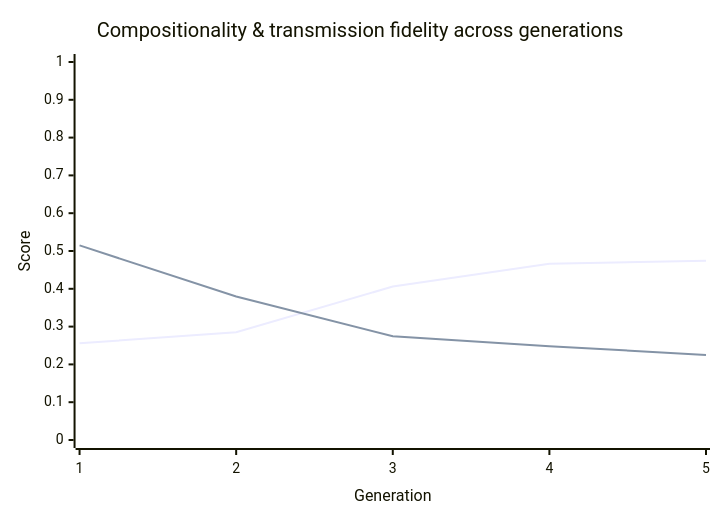
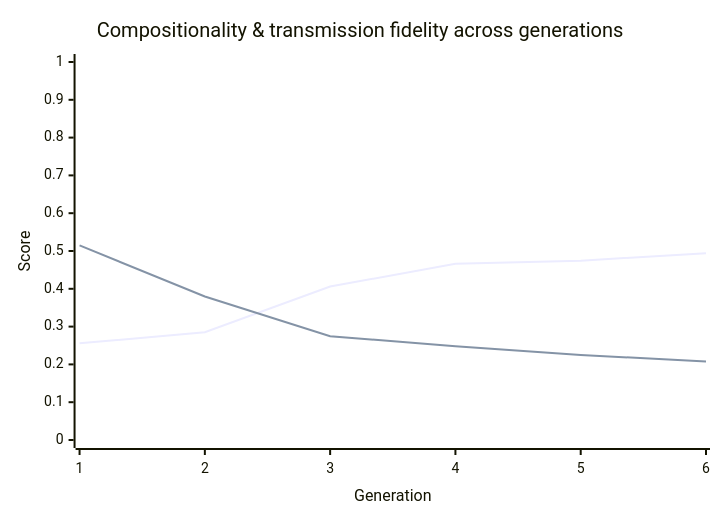
One commit to nichobbs/traditio changed the diagram in metrics/latest-report.md. Above: the diagram before and after it, drawn with Mermaid. The commit also changed other lines of this file and 1 other file, not shown here.

````diff
--- a/metrics/latest-report.md
+++ b/metrics/latest-report.md
@@ -40,8 +40,8 @@
 ```mermaid
 xychart-beta
     title "Compositionality & transmission fidelity across generations"
-    x-axis "Generation" [1, 2, 3, 4, 5]
+    x-axis "Generation" [1, 2, 3, 4, 5, 6]
     y-axis "Score" 0 --> 1
-    line "Compositionality" [0.2559, 0.2849, 0.4060, 0.4663, 0.4745]
-    line "Transmission Fidelity" [0.5148, 0.3796, 0.2746, 0.2481, 0.2251]
+    line "Compositionality" [0.2559, 0.2849, 0.4060, 0.4663, 0.4745, 0.4941]
+    line "Transmission Fidelity" [0.5148, 0.3796, 0.2746, 0.2481, 0.2251, 0.2074]
 ```
````
